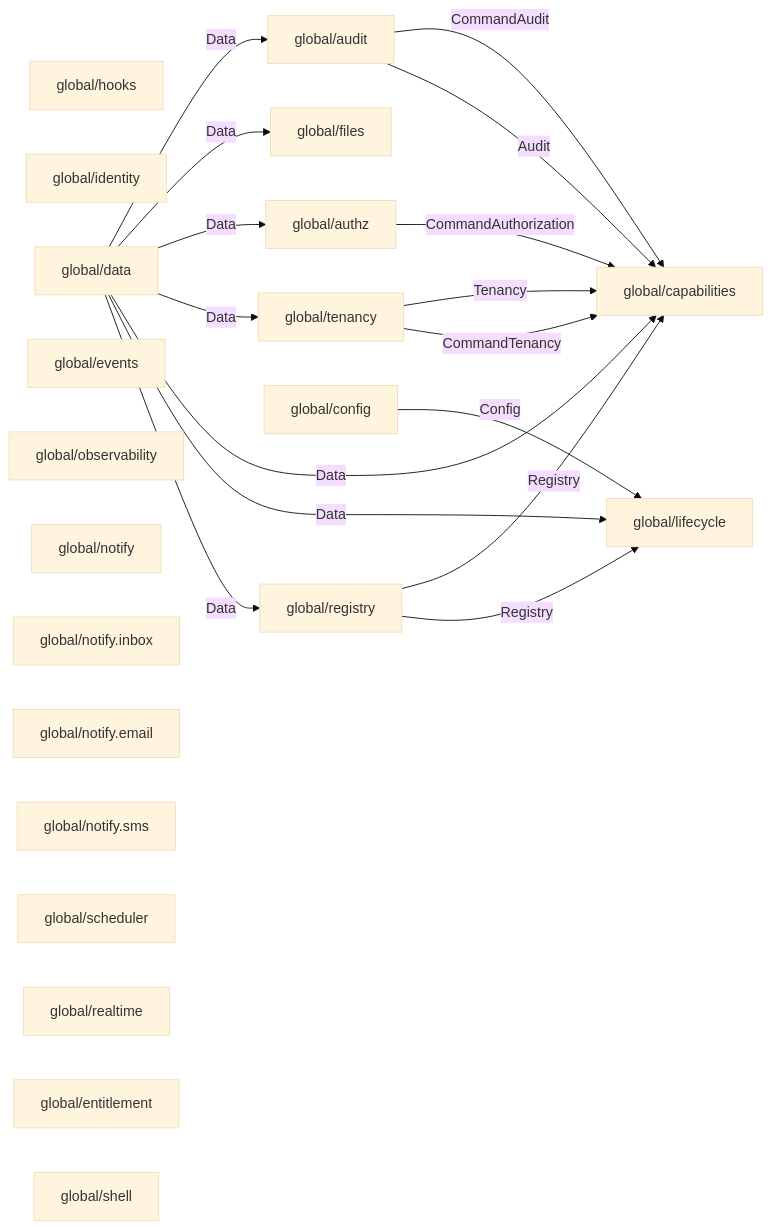
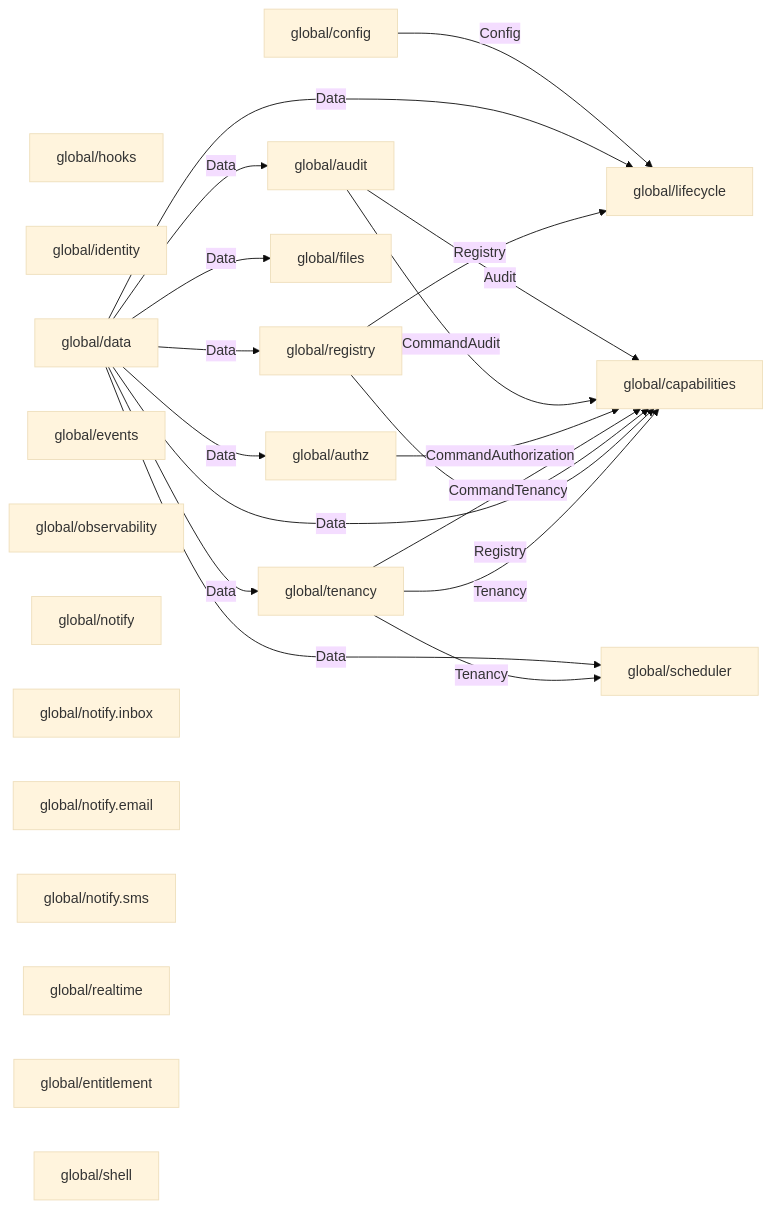
Before and after one commit to idadawn/qian: the diagram in docs/generated/module-graph.md, drawn with Mermaid (base theme). The commit also changed 2 other files, not shown here.

Commit message:
docs(scheduler): 刷新真实调度组件派生视图 [S1-SCH-001]

````diff
--- a/docs/generated/module-graph.md
+++ b/docs/generated/module-graph.md
@@ -33,39 +33,41 @@
 ```mermaid
 flowchart LR
   n0["global/registry"]
   n1["global/lifecycle"]
   n2["global/capabilities"]
   n3["global/hooks"]
   n4["global/tenancy"]
   n5["global/identity"]
   n6["global/authz"]
   n7["global/data"]
   n8["global/files"]
   n9["global/config"]
   n10["global/events"]
   n11["global/audit"]
   n12["global/observability"]
   n13["global/notify"]
   n14["global/notify.inbox"]
   n15["global/notify.email"]
   n16["global/notify.sms"]
   n17["global/scheduler"]
   n18["global/realtime"]
   n19["global/entitlement"]
   n20["global/shell"]
   n7 -->|"Data"| n0
   n9 -->|"Config"| n1
   n7 -->|"Data"| n1
   n0 -->|"Registry"| n1
   n11 -->|"Audit"| n2
   n11 -->|"CommandAudit"| n2
   n6 -->|"CommandAuthorization"| n2
   n4 -->|"CommandTenancy"| n2
   n7 -->|"Data"| n2
   n0 -->|"Registry"| n2
   n4 -->|"Tenancy"| n2
   n7 -->|"Data"| n4
   n7 -->|"Data"| n6
   n7 -->|"Data"| n8
   n7 -->|"Data"| n11
+  n7 -->|"Data"| n17
+  n4 -->|"Tenancy"| n17
 ```
````
